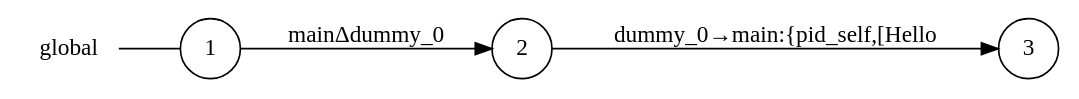
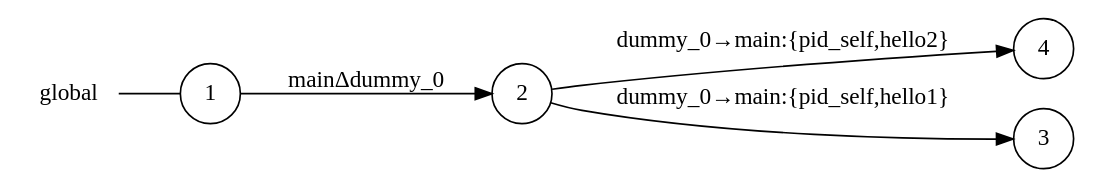
The diagram in examples/function-call/main_global_view.dot (gabrielegenovese/chorer), drawn with Graphviz before and after one commit. The commit also changed 71 other files, not shown here.

```diff
--- a/examples/function-call/main_global_view.dot
+++ b/examples/function-call/main_global_view.dot
@@ -1,11 +1,13 @@
 digraph global {
 	rankdir="LR";
 	n_0 [label="global", shape="plaintext"];
 	n_1 [id="1", shape=circle, label="1"];
 	n_0 -> n_1 [arrowhead=none];
 	n_2 [id="2", shape=circle, label="2"];
-	n_3 [id="3", shape=circle, label="3"];
+	n_3 [id="4", shape=circle, label="4"];
+	n_4 [id="3", shape=circle, label="3"];
 
 	n_1 -> n_2 [id="[$e|0]", label="mainΔdummy_0"];
-	n_2 -> n_3 [id="[$e|1]", label="dummy_0→main:{pid_self,[Hello"];
+	n_2 -> n_4 [id="[$e|1]", label="dummy_0→main:{pid_self,hello1}"];
+	n_2 -> n_3 [id="[$e|2]", label="dummy_0→main:{pid_self,hello2}"];
 }
```
